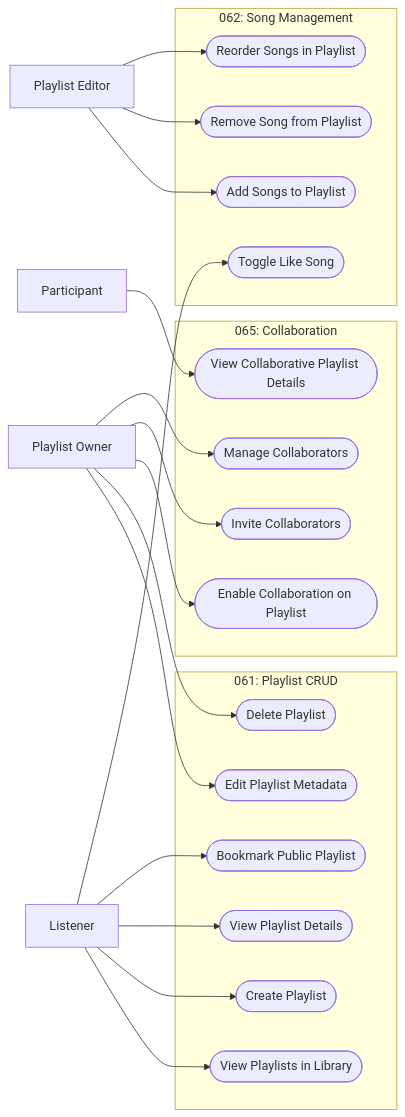
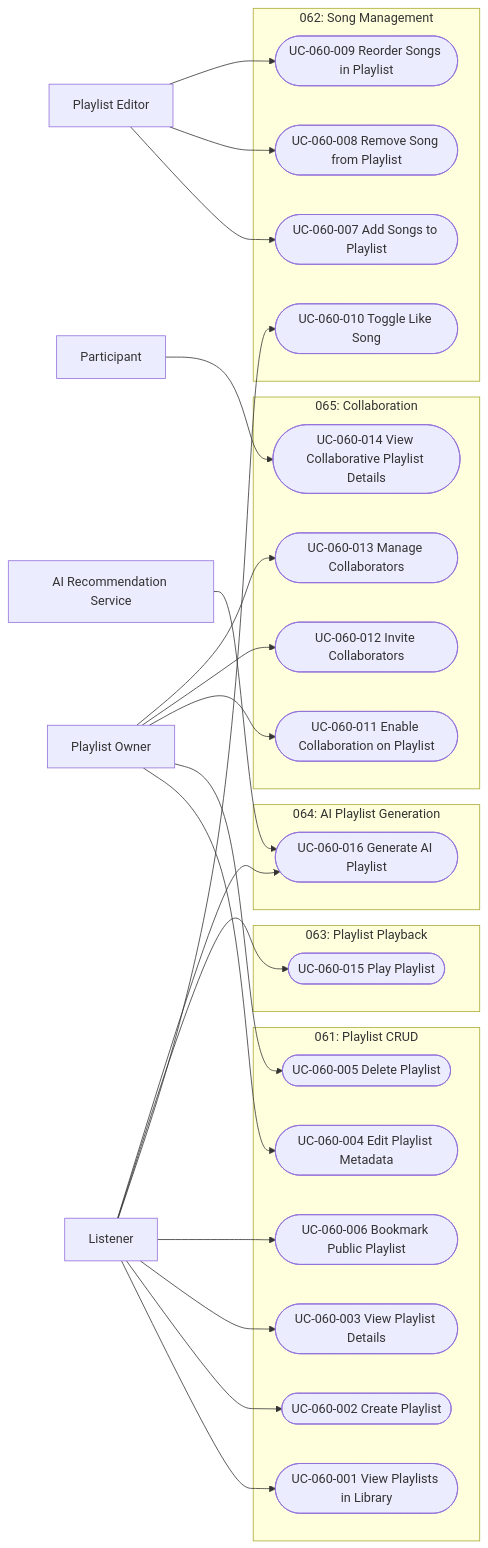
Before and after one commit to lecongminhnhut/AuraTune_G10: the diagram in docs/requirements/use-cases/060-playlist-management/README.md, drawn with Mermaid. The commit also changed other lines of this file and 41 other files, not shown here.

````diff
--- a/docs/requirements/use-cases/060-playlist-management/README.md
+++ b/docs/requirements/use-cases/060-playlist-management/README.md
@@ -46,48 +48,60 @@
 ```mermaid
 flowchart LR
     Listener["Listener"]
     Owner["Playlist Owner"]
     Editor["Playlist Editor"]
     Participant["Participant"]
+    AIService["AI Recommendation Service"]
 
     subgraph "061: Playlist CRUD"
-        UC1(["View Playlists in Library"])
-        UC2(["Create Playlist"])
-        UC3(["View Playlist Details"])
-        UC4(["Edit Playlist Metadata"])
-        UC5(["Delete Playlist"])
-        UC6(["Bookmark Public Playlist"])
+        UC1(["UC-060-001 View Playlists in Library"])
+        UC2(["UC-060-002 Create Playlist"])
+        UC3(["UC-060-003 View Playlist Details"])
+        UC4(["UC-060-004 Edit Playlist Metadata"])
+        UC5(["UC-060-005 Delete Playlist"])
+        UC6(["UC-060-006 Bookmark Public Playlist"])
     end
 
     subgraph "062: Song Management"
-        UC7(["Add Songs to Playlist"])
-        UC8(["Remove Song from Playlist"])
-        UC9(["Reorder Songs in Playlist"])
-        UC10(["Toggle Like Song"])
+        UC7(["UC-060-007 Add Songs to Playlist"])
+        UC8(["UC-060-008 Remove Song from Playlist"])
+        UC9(["UC-060-009 Reorder Songs in Playlist"])
+        UC10(["UC-060-010 Toggle Like Song"])
     end
 
     subgraph "065: Collaboration"
-        UC11(["Enable Collaboration on Playlist"])
-        UC12(["Invite Collaborators"])
-        UC13(["Manage Collaborators"])
-        UC14(["View Collaborative Playlist Details"])
+        UC11(["UC-060-011 Enable Collaboration on Playlist"])
+        UC12(["UC-060-012 Invite Collaborators"])
+        UC13(["UC-060-013 Manage Collaborators"])
+        UC14(["UC-060-014 View Collaborative Playlist Details"])
+    end
+
+    subgraph "063: Playlist Playback"
+        UC15(["UC-060-015 Play Playlist"])
+    end
+
+    subgraph "064: AI Playlist Generation"
+        UC16(["UC-060-016 Generate AI Playlist"])
     end
 
     Listener --> UC1
     Listener --> UC2
     Listener --> UC3
     Listener --> UC6
     Listener --> UC10
 
     Owner --> UC4
     Owner --> UC5
     Owner --> UC11
     Owner --> UC12
     Owner --> UC13
 
     Editor --> UC7
     Editor --> UC8
     Editor --> UC9
 
     Participant --> UC14
+    Listener --> UC15
+    Listener --> UC16
+    AIService["AI Recommendation Service"] --> UC16
 ```
````
